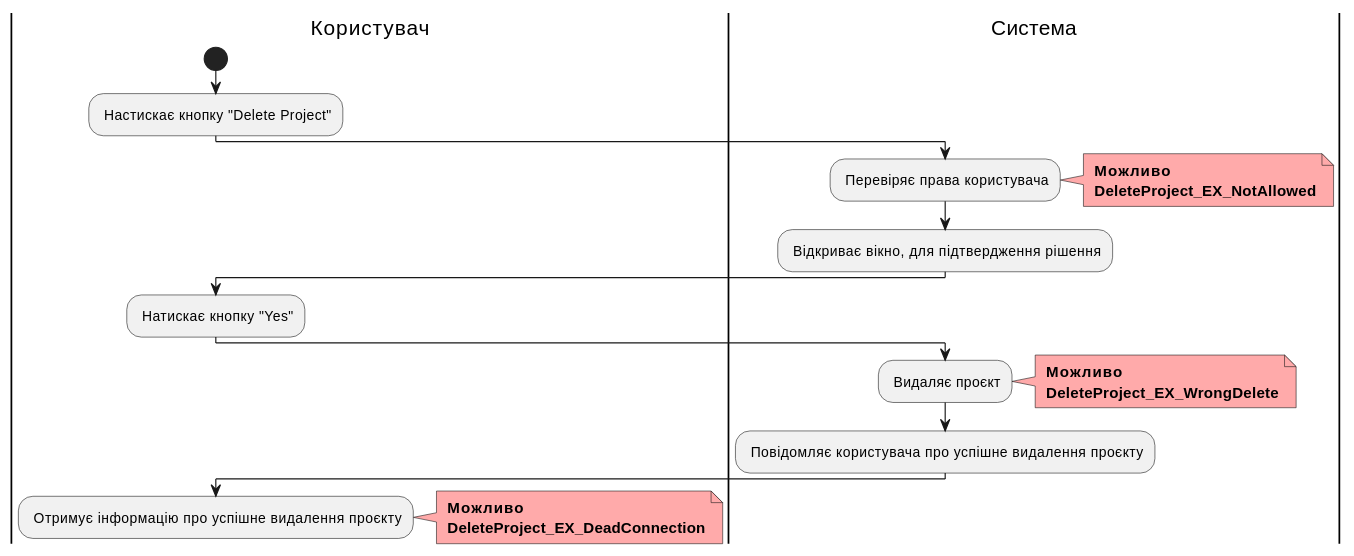
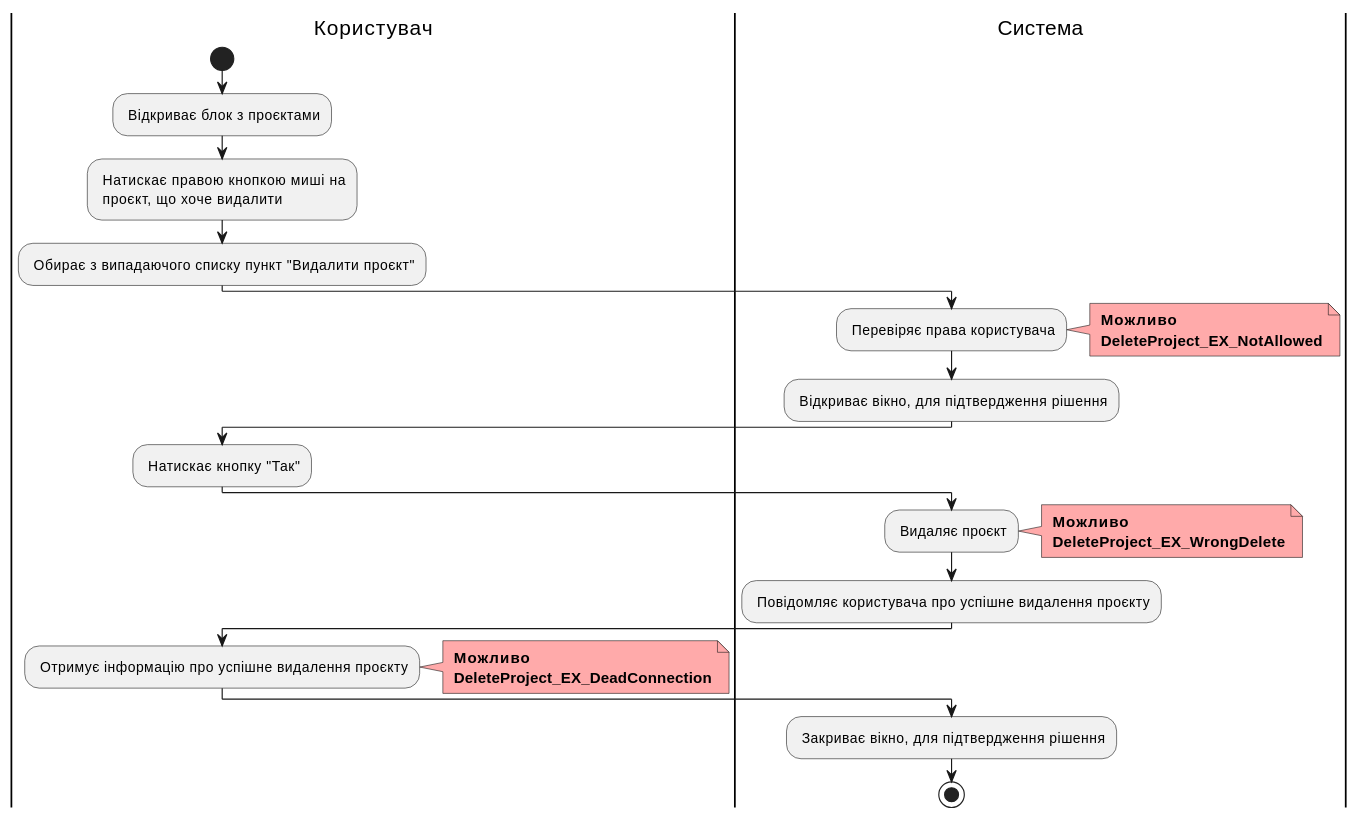
The ninth of 19 diagrams in docs/use cases/README.md (boldak/edu-db-cw), drawn with PlantUML before and after one commit. The commit also changed other lines of this file and 1 other file, not shown here.

```diff
--- a/docs/use cases/README.md
+++ b/docs/use cases/README.md
@@ -527,37 +531,46 @@
 @startuml
 
     |Користувач|
         start
-        : Настискає кнопку "Delete Project";
+        : Відкриває блок з проєктами;
+
+    |Користувач|
+        : Натискає правою кнопкою миші на\n проєкт, що хоче видалити;
+
+    |Користувач|
+        : Обирає з випадаючого списку пункт "Видалити проєкт";
         
     |Система|
         : Перевіряє права користувача;
         note right #ffaaaa
         <b> Можливо
         <b> DeleteProject_EX_NotAllowed
         end note
 
     |Система|
         : Відкриває вікно, для підтвердження рішення;
 
     |Користувач|
-        : Натискає кнопку "Yes";
+        : Натискає кнопку "Так";
         
     |Система|
         : Видаляє проєкт;
         note right #ffaaaa
         <b> Можливо
         <b> DeleteProject_EX_WrongDelete
         end note
 
     |Система|
         : Повідомляє користувача про успішне видалення проєкту;
         
     |Користувач|
         : Отримує інформацію про успішне видалення проєкту;
                 note right #ffaaaa
                 <b> Можливо
                 <b> DeleteProject_EX_DeadConnection
                 end note
+    |Система|
+        : Закриває вікно, для підтвердження рішення;
+        stop;
 
 @enduml
```
